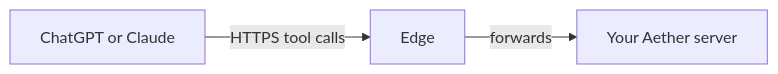
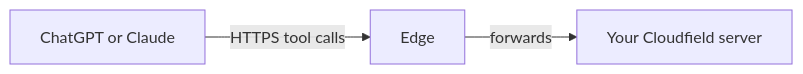
One commit to 3xDevOps/aether changed the diagram in docs/connectors.md. Above: the diagram before and after it, drawn with Mermaid. The commit also changed other lines of this file and 40 other files, not shown here.

````diff
--- a/docs/connectors.md
+++ b/docs/connectors.md
@@ -10,5 +10,5 @@
 ```mermaid
 flowchart LR
     A[ChatGPT or Claude] -->|HTTPS tool calls| E[Edge]
-    E -->|forwards| S[Your Aether server]
+    E -->|forwards| S[Your Cloudfield server]
 ```
````
